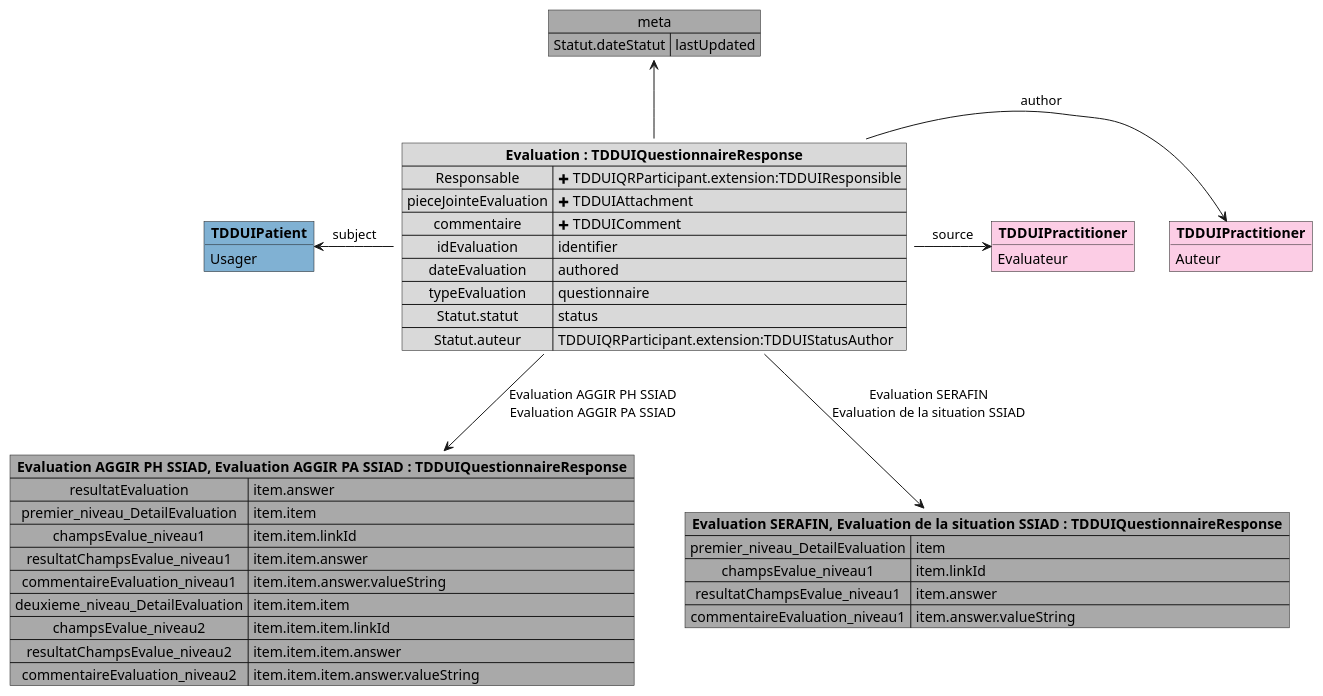
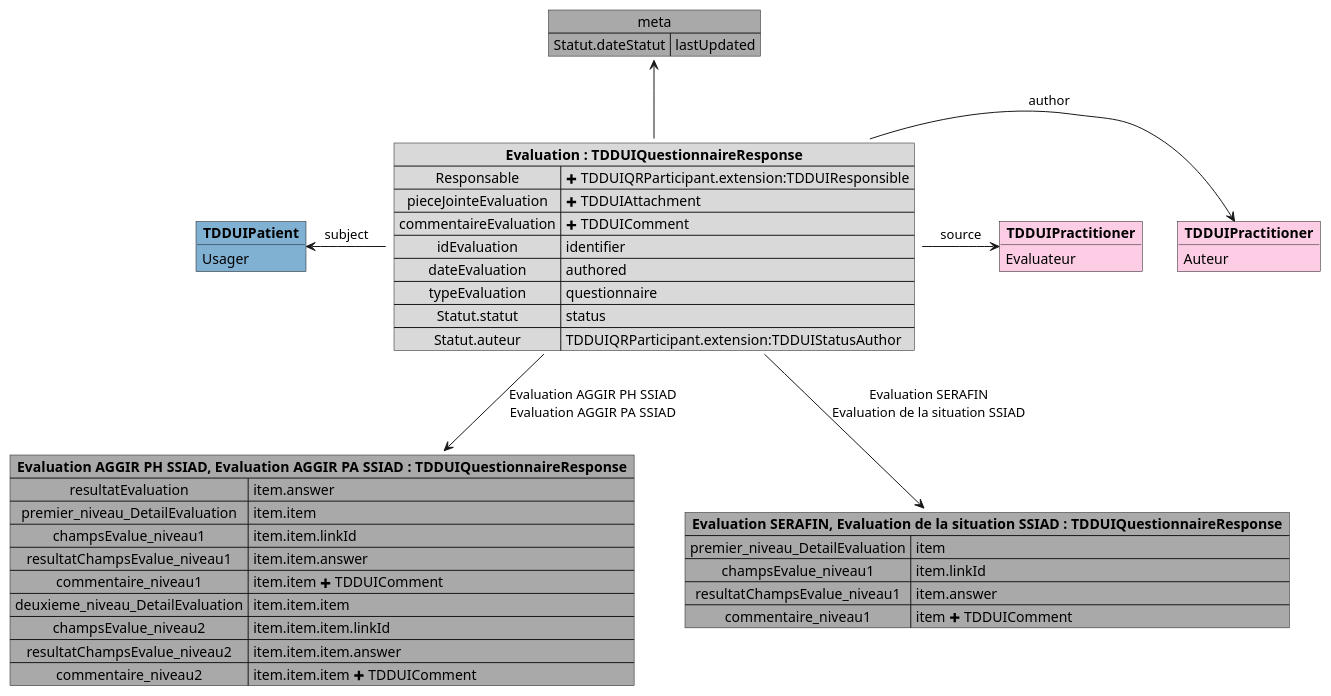
Before and after one commit to ansforge/IG-fhir-medicosocial-transfert-donnees-dui: the diagram in input/images-source/mapping_TDDUIQuestionnaireResponse.plantuml, drawn with PlantUML. The commit also changed 3 other files, not shown here.

```diff
--- a/input/images-source/mapping_TDDUIQuestionnaireResponse.plantuml
+++ b/input/images-source/mapping_TDDUIQuestionnaireResponse.plantuml
@@ -1,57 +1,57 @@
 @startuml
 
 map "**Evaluation AGGIR PH SSIAD, Evaluation AGGIR PA SSIAD : TDDUIQuestionnaireResponse**" as aggir #DarkGray {
     resultatEvaluation => item.answer
     premier_niveau_DetailEvaluation => item.item
     champsEvalue_niveau1 => item.item.linkId
     resultatChampsEvalue_niveau1 => item.item.answer
-    commentaireEvaluation_niveau1 => item.item.answer.valueString
+    commentaire_niveau1 => item.item <&plus> TDDUIComment
     deuxieme_niveau_DetailEvaluation => item.item.item
     champsEvalue_niveau2 => item.item.item.linkId
     resultatChampsEvalue_niveau2 => item.item.item.answer
-    commentaireEvaluation_niveau2 => item.item.item.answer.valueString
+    commentaire_niveau2 => item.item.item <&plus> TDDUIComment
 }
 
 map "**Evaluation SERAFIN, Evaluation de la situation SSIAD : TDDUIQuestionnaireResponse**" as autre #DarkGray {
     premier_niveau_DetailEvaluation => item
     champsEvalue_niveau1 => item.linkId
     resultatChampsEvalue_niveau1 => item.answer
-    commentaireEvaluation_niveau1 => item.answer.valueString
+    commentaire_niveau1 => item <&plus> TDDUIComment
 }
 
 map "meta" as meta #DarkGray {
     Statut.dateStatut => lastUpdated
 }
 
 object "**TDDUIPatient**" as TDDUIPatient_subject #80b1d3 {
     Usager
 }
 
 object "**TDDUIPractitioner**" as TDDUIPractitioner_author #fccde5 {
     Auteur
 }
 
 object "**TDDUIPractitioner**" as TDDUIPractitioner_source #fccde5 {
     Evaluateur
 }
 
 map "**Evaluation : TDDUIQuestionnaireResponse**" as Evaluation #d9d9d9 {
     Responsable => <&plus> TDDUIQRParticipant.extension:TDDUIResponsible
     pieceJointeEvaluation => <&plus> TDDUIAttachment
-    commentaire => <&plus> TDDUIComment
+    commentaireEvaluation => <&plus> TDDUIComment
     idEvaluation => identifier
     dateEvaluation => authored
     typeEvaluation => questionnaire
     Statut.statut  => status
     Statut.auteur => TDDUIQRParticipant.extension:TDDUIStatusAuthor
 }
 
 Evaluation -u-> meta
 Evaluation --> aggir : Evaluation AGGIR PH SSIAD\nEvaluation AGGIR PA SSIAD
 Evaluation --> autre : Evaluation SERAFIN\nEvaluation de la situation SSIAD
 
 Evaluation -l-> TDDUIPatient_subject : subject
 Evaluation -r-> TDDUIPractitioner_author : author
 Evaluation -r-> TDDUIPractitioner_source : source
 
 @enduml
```
